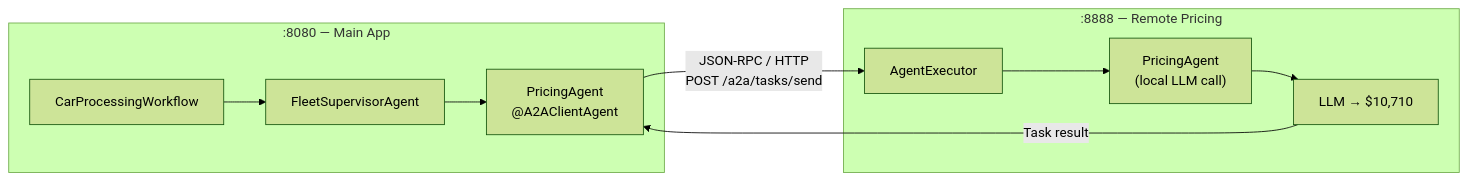
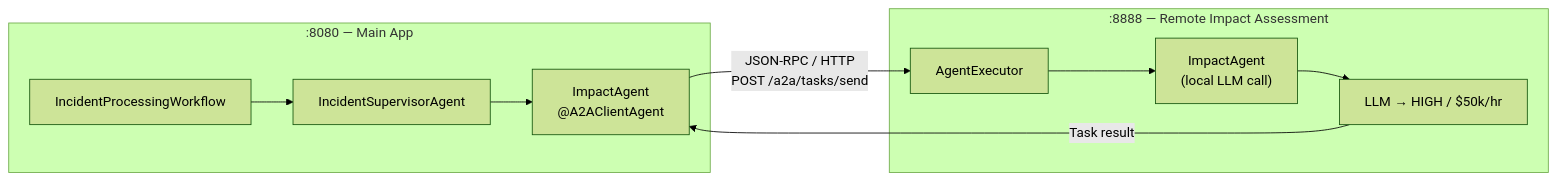
One commit to danieloh30/techxchange-2026-quarkus-bob-lab changed the diagram in docs/07-a2a/START_HERE.md. Above: the diagram before and after it, drawn with Mermaid (forest theme). The commit also changed other lines of this file and 366 other files, not shown here.

First line of the commit message:
refactor: retheme entire lab from car rental to IT incident management

````diff
--- a/docs/07-a2a/START_HERE.md
+++ b/docs/07-a2a/START_HERE.md
@@ -59,16 +59,16 @@
 ```mermaid
 flowchart LR
     subgraph main[":8080 — Main App"]
-        CPW["CarProcessingWorkflow"] --> FSA["FleetSupervisorAgent"]
-        FSA --> PA["PricingAgent<br/>@A2AClientAgent"]
+        IPW["IncidentProcessingWorkflow"] --> ISA["IncidentSupervisorAgent"]
+        ISA --> IA["ImpactAgent<br/>@A2AClientAgent"]
     end
 
-    PA -->|"JSON-RPC / HTTP<br/>POST /a2a/tasks/send"| AE
+    IA -->|"JSON-RPC / HTTP<br/>POST /a2a/tasks/send"| AE
 
-    subgraph remote[":8888 — Remote Pricing"]
-        AE["AgentExecutor"] --> RPA["PricingAgent<br/>(local LLM call)"]
-        RPA --> LLM["LLM → $10,710"]
+    subgraph remote[":8888 — Remote Impact Assessment"]
+        AE["AgentExecutor"] --> RIA["ImpactAgent<br/>(local LLM call)"]
+        RIA --> LLM["LLM → HIGH / $50k/hr"]
     end
 
-    LLM -->|"Task result"| PA
+    LLM -->|"Task result"| IA
 ```
````
